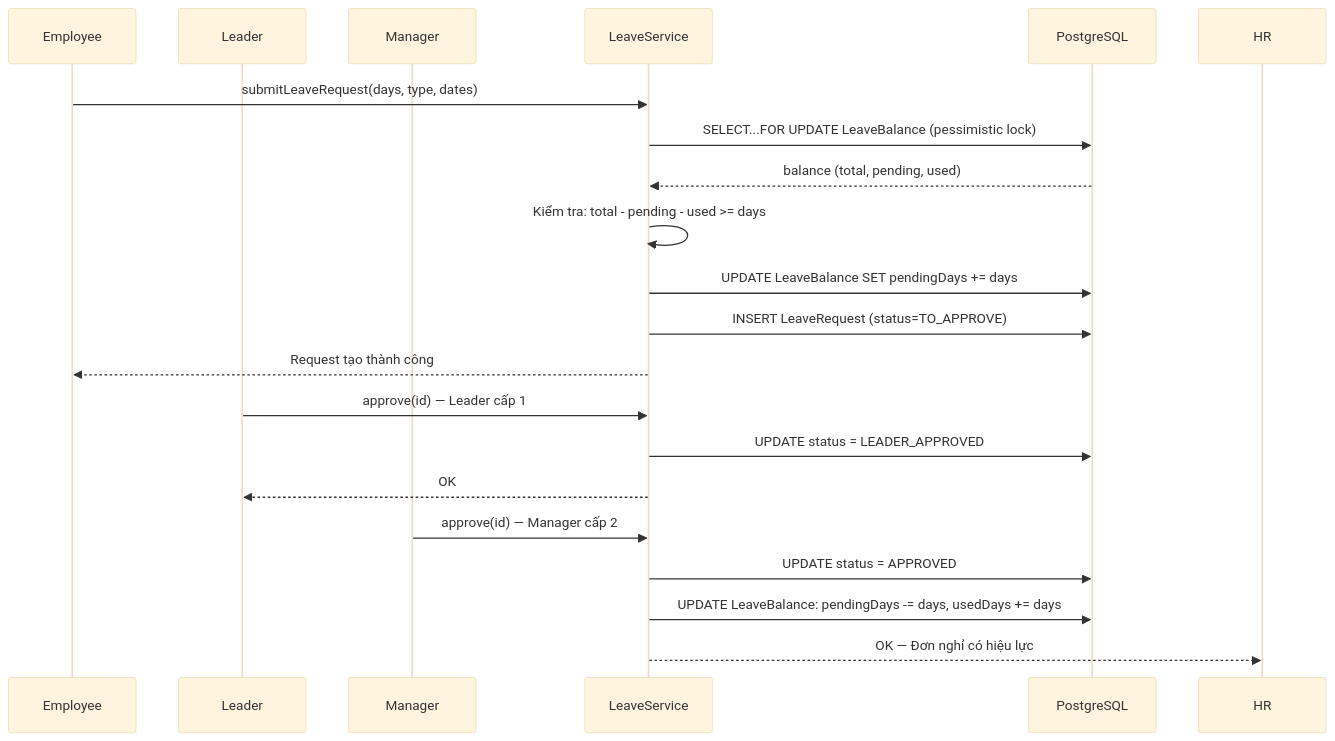
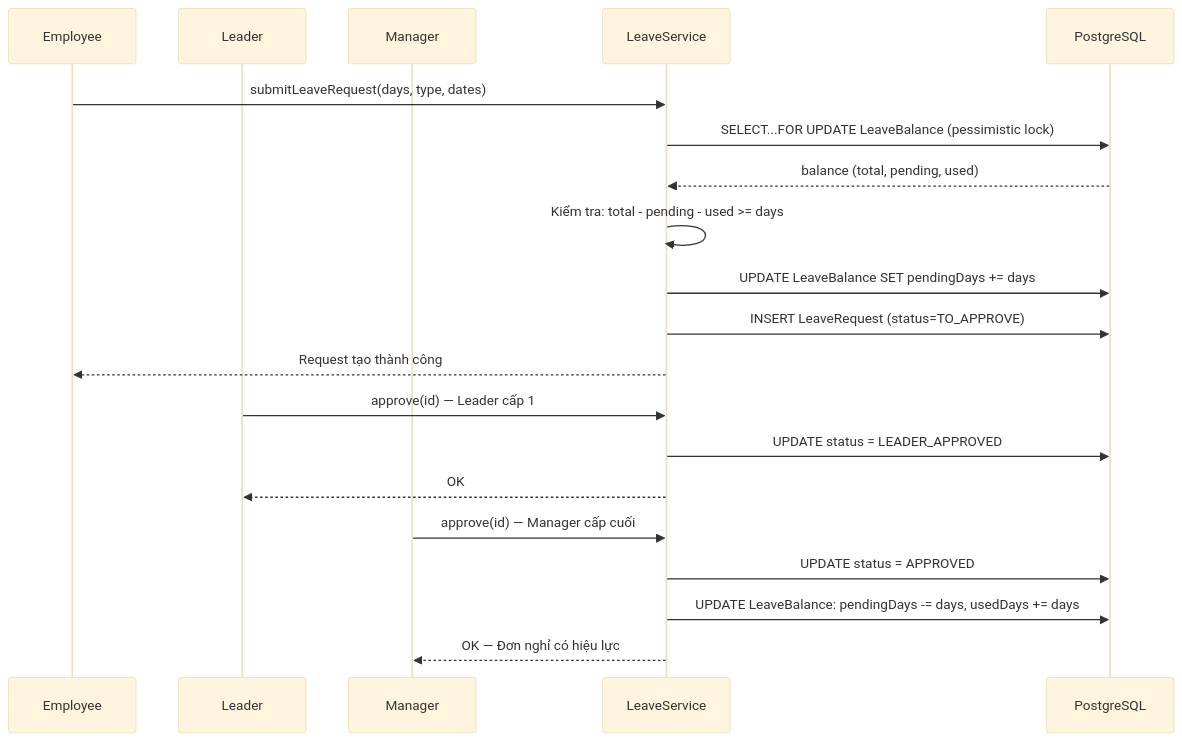
One commit to NBachTH/HRMS changed diagram 18 of 19 in docs/DATN_20204812_NguyenThanhBach/DATN_20204812_NguyenThanhBach.md. Above: the diagram before and after it, drawn with Mermaid (base theme). The commit also changed other lines of this file and 88 other files, not shown here.

Commit message:
fix Contract, Payroll Run flow

````diff
--- a/docs/DATN_20204812_NguyenThanhBach/DATN_20204812_NguyenThanhBach.md
+++ b/docs/DATN_20204812_NguyenThanhBach/DATN_20204812_NguyenThanhBach.md
@@ -1690,25 +1798,25 @@
 ```mermaid
 sequenceDiagram
     participant EMP as Employee
     participant LD as Leader
     participant MG as Manager
     participant LS as LeaveService
     participant DB as PostgreSQL
 
     EMP->>LS: submitLeaveRequest(days, type, dates)
     LS->>DB: SELECT...FOR UPDATE LeaveBalance (pessimistic lock)
     DB-->>LS: balance (total, pending, used)
     LS->>LS: Kiểm tra: total - pending - used >= days
     LS->>DB: UPDATE LeaveBalance SET pendingDays += days
     LS->>DB: INSERT LeaveRequest (status=TO_APPROVE)
     LS-->>EMP: Request tạo thành công
 
     LD->>LS: approve(id) — Leader cấp 1
     LS->>DB: UPDATE status = LEADER_APPROVED
     LS-->>LD: OK
 
-    MG->>LS: approve(id) — Manager cấp 2
+    MG->>LS: approve(id) — Manager cấp cuối
     LS->>DB: UPDATE status = APPROVED
     LS->>DB: UPDATE LeaveBalance: pendingDays -= days, usedDays += days
-    LS-->>HR: OK — Đơn nghỉ có hiệu lực
+    LS-->>MG: OK — Đơn nghỉ có hiệu lực
 ```
````
